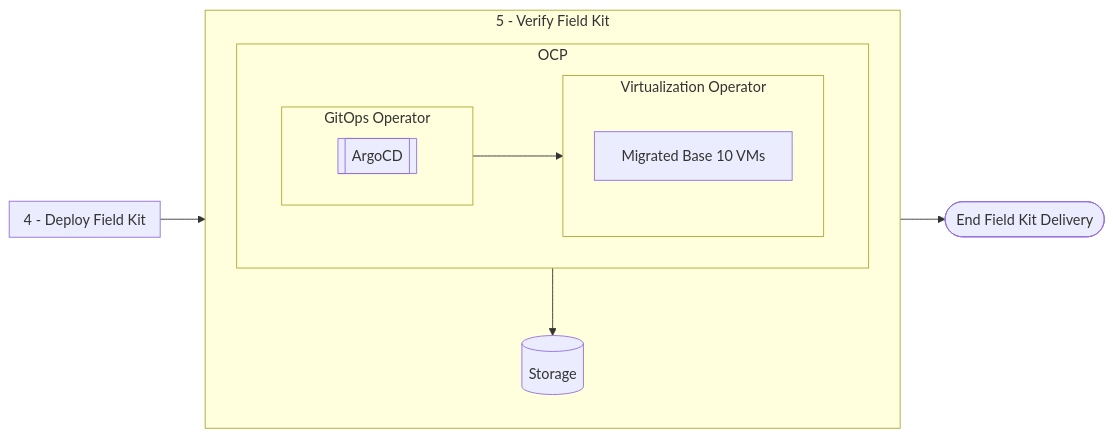
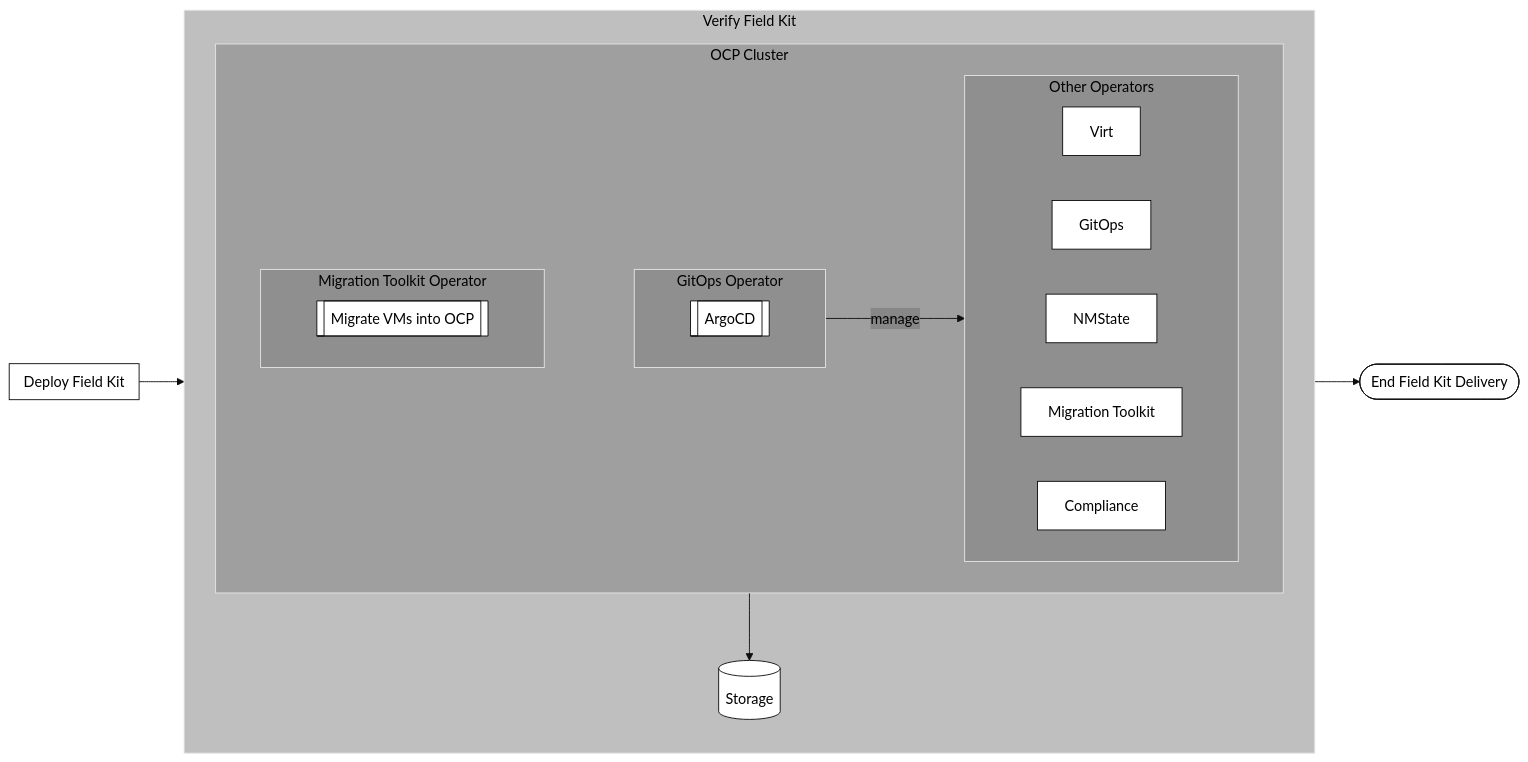
The diagram in workflow/diagram-5.md (ppremru/LaunchFieldKitAdoption), drawn with Mermaid before and after one commit. The commit also changed other lines of this file and 17 other files, not shown here.

Commit message:
Sweep of updates to diagrams (#36)

````diff
--- a/workflow/diagram-5.md
+++ b/workflow/diagram-5.md
@@ -3,20 +3,38 @@
 ```mermaid
+---
+config:
+  theme: 'base'
+  themeVariables:
+    primaryColor: '#FFFFFFFF'
+    primaryTextColor: '#000000'
+    primaryBorderColor: '#0c0909ff'
+    clusterBkg: '#80808080'
+    lineColor: '#0e0d0dff'
+    secondaryColor: '#80808080'
+---
 flowchart LR
-    subgraph 4[4 - Deploy Field Kit]
+    subgraph 4[Deploy Field Kit]
     end
-    subgraph 5[5 - Verify Field Kit]
-      subgraph Platform[OCP]
-        subgraph OCPVirt[Virtualization Operator]
-          OCPVirt1[Migrated Base 10 VMs]
+    subgraph 5[Verify Field Kit]
+      subgraph Platform[OCP Cluster]
+        subgraph OCPVirt[Migration Toolkit Operator]
+          OCPVirt1[[Migrate VMs into OCP]]
         end
         subgraph OCPGitOps[GitOps Operator]
           OCPGitOps1[[ArgoCD]]
         end
+        subgraph Other[Other Operators]
+          o1[Virt]
+          o2[GitOps]
+          o3[NMState]
+          o4[Migration Toolkit]
+          o5[Compliance]
+        end
+        OCPVirt ~~~ OCPGitOps -- manage --> Other
       end
       Storage[(Storage)]
     end
     Foot([End Field Kit Delivery])
     Platform --> Storage
-    OCPGitOps --> OCPVirt
     4 --> 5 --> Foot
 ```
````
